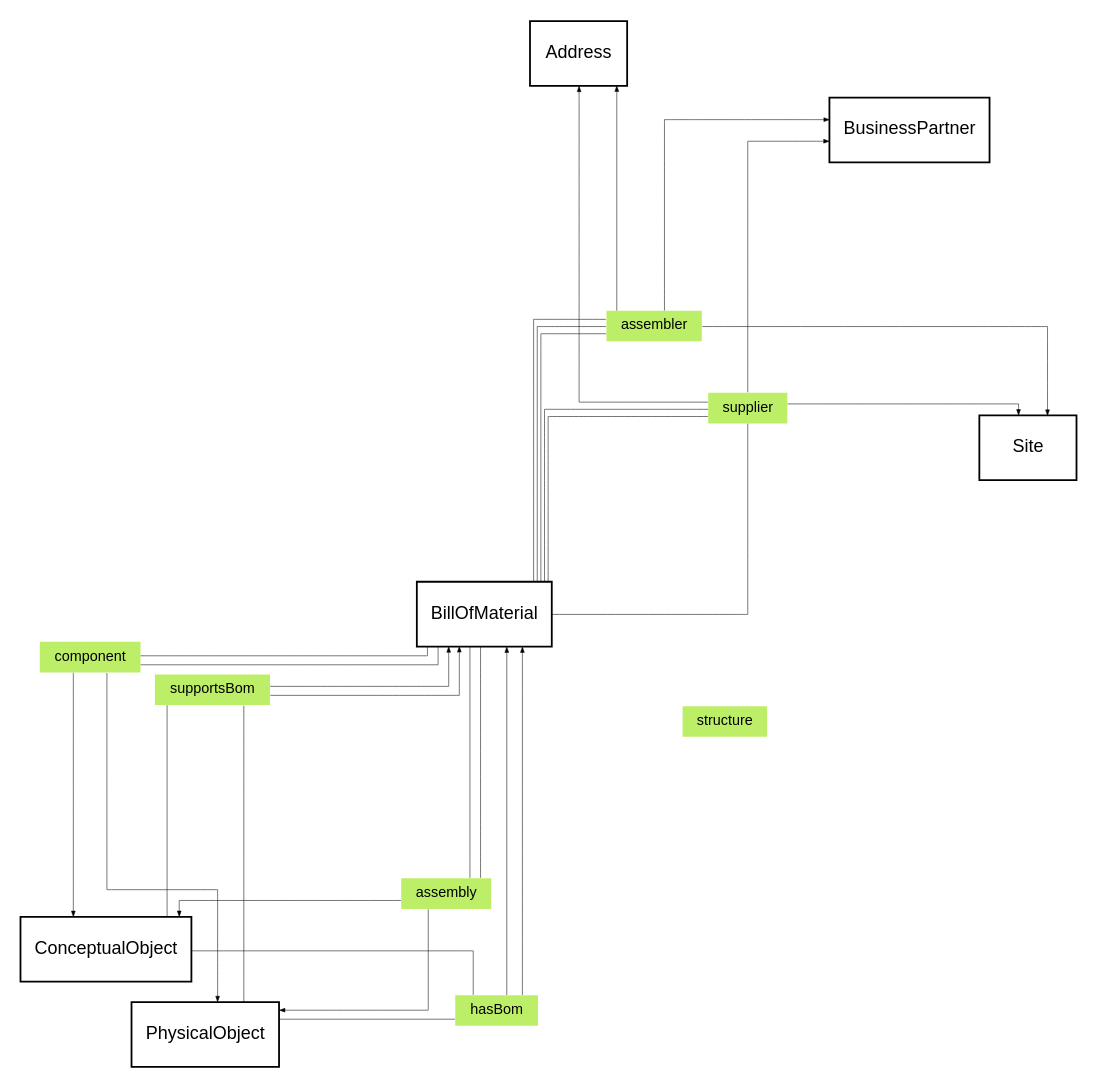
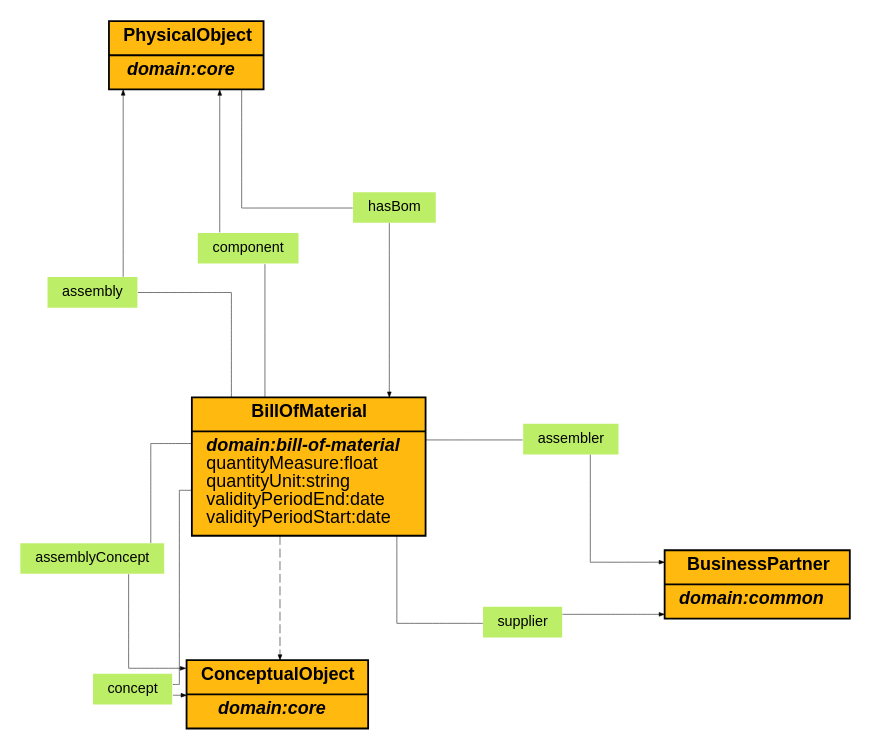
One commit to eclipse-tractusx/sldt-ontology-model changed the diagram in docs/images/bill-of-material_ontology.gv. Above: the diagram before and after it, drawn with Graphviz. The commit also changed 9 other files, not shown here.

```diff
--- a/docs/images/bill-of-material_ontology.gv
+++ b/docs/images/bill-of-material_ontology.gv
@@ -1,40 +1,31 @@
 digraph "bill-of-material_ontology" {
 	graph [fontname="Helvetica,Arial,sans-serif" fontsize=10 layout=neato overlap=false splines=ortho]
 	node [fillcolor=darkgoldenrod1 fontname="Helvetica,Arial,sans-serif" fontsize=10 shape=record]
 	edge [arrowsize=0.3 fontname="Helvetica,Arial,sans-serif" fontsize=10 penwidth=0.3]
-	structure [label=structure fillcolor=darkolivegreen2 fontsize=8 height=0 shape=plaintext style=filled width=0]
+	BillOfMaterial [label=<{<b>BillOfMaterial</b> | <i><b> domain:bill-of-material</b></i> <br align="left"/>quantityMeasure:float<br align="left"/>quantityUnit:string<br align="left"/>validityPeriodEnd:date<br align="left"/>validityPeriodStart:date<br align="left"/>}> style=filled]
+	BusinessPartner [label=<{<b>BusinessPartner</b> | <i><b> domain:common</b></i> <br align="left"/>}> style=filled]
+	ConceptualObject [label=<{<b>ConceptualObject</b> | <i><b> domain:core</b></i> <br align="left"/>}> style=filled]
+	PhysicalObject [label=<{<b>PhysicalObject</b> | <i><b> domain:core</b></i> <br align="left"/>}> style=filled]
+	assembler [label=assembler fillcolor=darkolivegreen2 fontsize=8 height=0 shape=plaintext style=filled width=0]
+	assembly [label=assembly fillcolor=darkolivegreen2 fontsize=8 height=0 shape=plaintext style=filled width=0]
+	assemblyConcept [label=assemblyConcept fillcolor=darkolivegreen2 fontsize=8 height=0 shape=plaintext style=filled width=0]
 	component [label=component fillcolor=darkolivegreen2 fontsize=8 height=0 shape=plaintext style=filled width=0]
-	assembly [label=assembly fillcolor=darkolivegreen2 fontsize=8 height=0 shape=plaintext style=filled width=0]
+	concept [label=concept fillcolor=darkolivegreen2 fontsize=8 height=0 shape=plaintext style=filled width=0]
 	hasBom [label=hasBom fillcolor=darkolivegreen2 fontsize=8 height=0 shape=plaintext style=filled width=0]
-	supportsBom [label=supportsBom fillcolor=darkolivegreen2 fontsize=8 height=0 shape=plaintext style=filled width=0]
 	supplier [label=supplier fillcolor=darkolivegreen2 fontsize=8 height=0 shape=plaintext style=filled width=0]
-	assembler [label=assembler fillcolor=darkolivegreen2 fontsize=8 height=0 shape=plaintext style=filled width=0]
+	BillOfMaterial -> assembler [arrowhead=none]
+	assembler -> BusinessPartner
+	BillOfMaterial -> assembly [arrowhead=none]
+	assembly -> PhysicalObject
+	BillOfMaterial -> assemblyConcept [arrowhead=none]
+	assemblyConcept -> ConceptualObject
 	BillOfMaterial -> component [arrowhead=none]
 	component -> PhysicalObject
-	BillOfMaterial -> component [arrowhead=none]
-	component -> ConceptualObject
-	BillOfMaterial -> assembly [arrowhead=none]
-	assembly -> PhysicalObject
-	BillOfMaterial -> assembly [arrowhead=none]
-	assembly -> ConceptualObject
+	BillOfMaterial -> concept [arrowhead=none]
+	concept -> ConceptualObject
 	PhysicalObject -> hasBom [arrowhead=none]
 	hasBom -> BillOfMaterial
-	ConceptualObject -> hasBom [arrowhead=none]
-	hasBom -> BillOfMaterial
-	PhysicalObject -> supportsBom [arrowhead=none]
-	supportsBom -> BillOfMaterial
-	ConceptualObject -> supportsBom [arrowhead=none]
-	supportsBom -> BillOfMaterial
 	BillOfMaterial -> supplier [arrowhead=none]
 	supplier -> BusinessPartner
-	BillOfMaterial -> supplier [arrowhead=none]
-	supplier -> Site
-	BillOfMaterial -> supplier [arrowhead=none]
-	supplier -> Address
-	BillOfMaterial -> assembler [arrowhead=none]
-	assembler -> BusinessPartner
-	BillOfMaterial -> assembler [arrowhead=none]
-	assembler -> Site
-	BillOfMaterial -> assembler [arrowhead=none]
-	assembler -> Address
+	BillOfMaterial -> ConceptualObject [style=dashed]
 }
```
